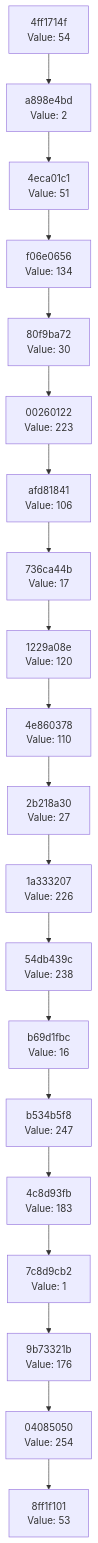
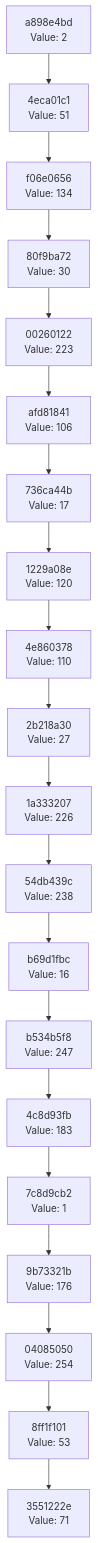
Before and after one commit to Abhisheksinha1506/hash-chain-evolver: the diagram in docs/CHAIN_VISUALIZATION.md, drawn with Mermaid. The commit also changed 1 other file, not shown here.

Commit message:
Evolution Step

````diff
--- a/docs/CHAIN_VISUALIZATION.md
+++ b/docs/CHAIN_VISUALIZATION.md
@@ -3,42 +3,42 @@
 ```mermaid
 graph TD
-    C0["8ff1f101<br/>Value: 53"]
-    C1["04085050<br/>Value: 254"]
+    C0["3551222e<br/>Value: 71"]
+    C1["8ff1f101<br/>Value: 53"]
     C1 --> C0
-    C2["9b73321b<br/>Value: 176"]
+    C2["04085050<br/>Value: 254"]
     C2 --> C1
-    C3["7c8d9cb2<br/>Value: 1"]
+    C3["9b73321b<br/>Value: 176"]
     C3 --> C2
-    C4["4c8d93fb<br/>Value: 183"]
+    C4["7c8d9cb2<br/>Value: 1"]
     C4 --> C3
-    C5["b534b5f8<br/>Value: 247"]
+    C5["4c8d93fb<br/>Value: 183"]
     C5 --> C4
-    C6["b69d1fbc<br/>Value: 16"]
+    C6["b534b5f8<br/>Value: 247"]
     C6 --> C5
-    C7["54db439c<br/>Value: 238"]
+    C7["b69d1fbc<br/>Value: 16"]
     C7 --> C6
-    C8["1a333207<br/>Value: 226"]
+    C8["54db439c<br/>Value: 238"]
     C8 --> C7
-    C9["2b218a30<br/>Value: 27"]
+    C9["1a333207<br/>Value: 226"]
     C9 --> C8
-    C10["4e860378<br/>Value: 110"]
+    C10["2b218a30<br/>Value: 27"]
     C10 --> C9
-    C11["1229a08e<br/>Value: 120"]
+    C11["4e860378<br/>Value: 110"]
     C11 --> C10
-    C12["736ca44b<br/>Value: 17"]
+    C12["1229a08e<br/>Value: 120"]
     C12 --> C11
-    C13["afd81841<br/>Value: 106"]
+    C13["736ca44b<br/>Value: 17"]
     C13 --> C12
-    C14["00260122<br/>Value: 223"]
+    C14["afd81841<br/>Value: 106"]
     C14 --> C13
-    C15["80f9ba72<br/>Value: 30"]
+    C15["00260122<br/>Value: 223"]
     C15 --> C14
-    C16["f06e0656<br/>Value: 134"]
+    C16["80f9ba72<br/>Value: 30"]
     C16 --> C15
-    C17["4eca01c1<br/>Value: 51"]
+    C17["f06e0656<br/>Value: 134"]
     C17 --> C16
-    C18["a898e4bd<br/>Value: 2"]
+    C18["4eca01c1<br/>Value: 51"]
     C18 --> C17
-    C19["4ff1714f<br/>Value: 54"]
+    C19["a898e4bd<br/>Value: 2"]
     C19 --> C18
 ```
````
